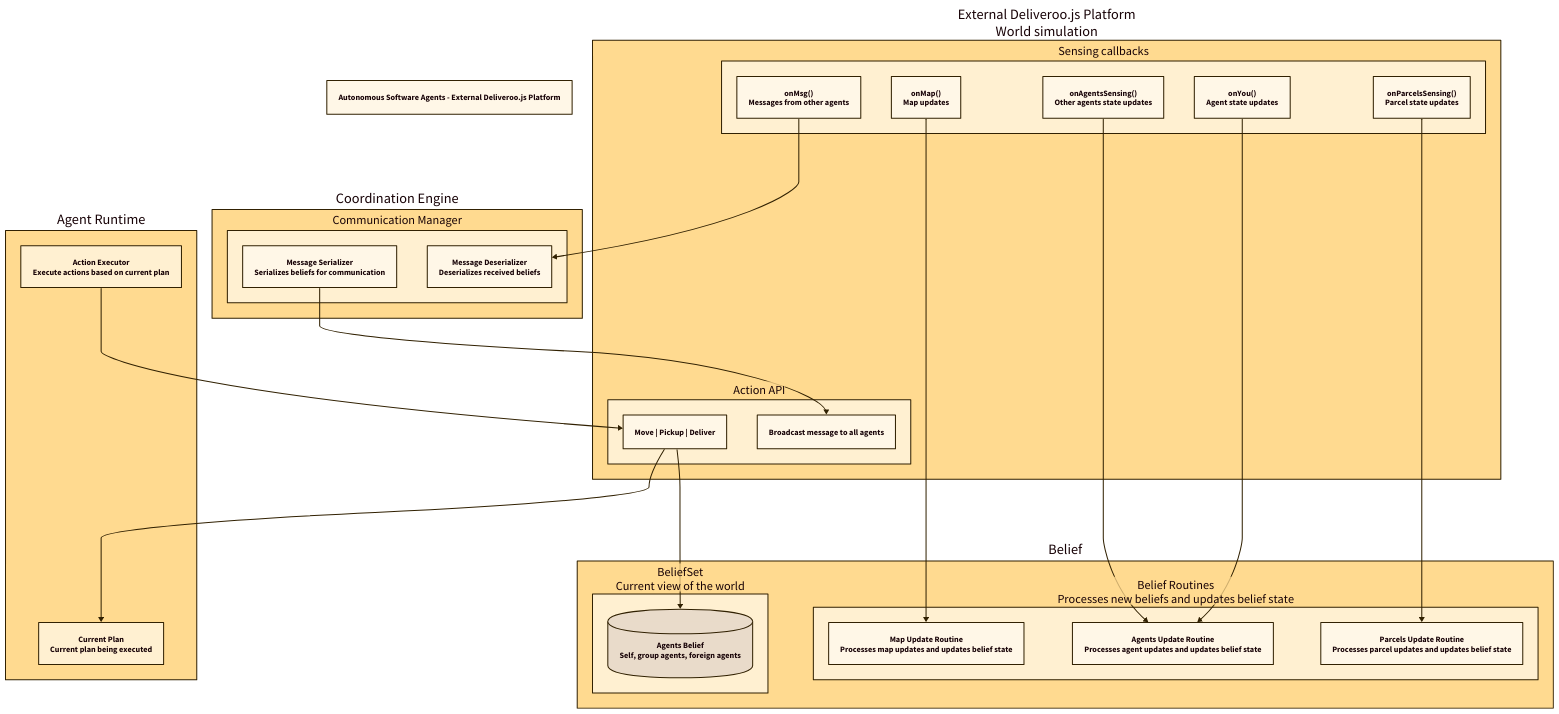
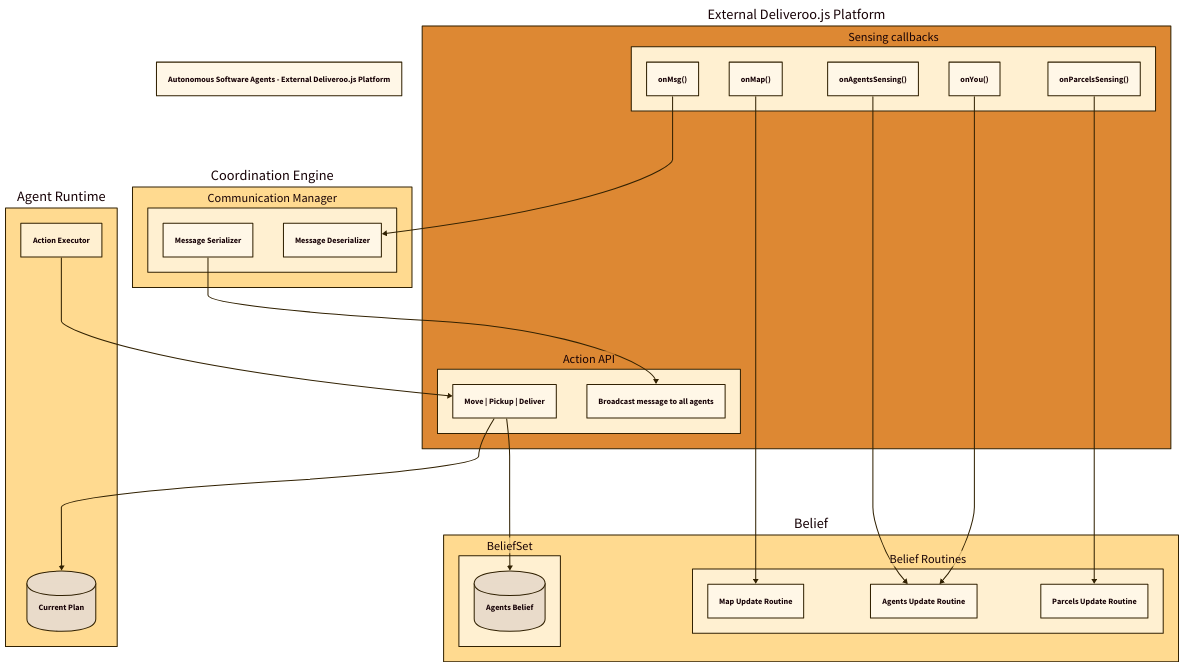
The diagram in presentation/diagrams/platform.d2 (LuigiMiazzo17/unitn-autonomusSoftwareAgents), drawn with D2 before and after one commit. The commit also changed 7 other files, not shown here. The source asks for the TALA layout; these drawings use dagre instead.

```diff
--- a/presentation/diagrams/platform.d2
+++ b/presentation/diagrams/platform.d2
@@ -1,95 +1,99 @@
 title: "Autonomous Software Agents - External Deliveroo.js Platform"
 
 vars: {
   d2-config: {
     layout-engine: tala
     theme-id: 105
   }
 }
 
 platform: {
-  label: "External Deliveroo.js Platform\nWorld simulation"
+  label: "External Deliveroo.js Platform"
+  style: {
+    fill: "#dd8833"
+  }
   sensing: {
     label: "Sensing callbacks"
     onMap: {
-      label: "onMap()\nMap updates"
+      label: "onMap()"
     }
     onYou: {
-      label: "onYou()\nAgent state updates"
+      label: "onYou()"
     }
     onParcelsSensing: {
-      label: "onParcelsSensing()\nParcel state updates"
+      label: "onParcelsSensing()"
     }
     onAgentsSensing: {
-      label: "onAgentsSensing()\nOther agents state updates"
+      label: "onAgentsSensing()"
     }
     onMsg: {
-      label: "onMsg()\nMessages from other agents"
+      label: "onMsg()"
     }
   }
   actions: {
     label: "Action API"
     mapAction: {
       label: "Move | Pickup | Deliver"
     }
     broadcast: {
       label: "Broadcast message to all agents"
     }
   }
 }
 
 beliefs: {
   label: "Belief"
   state: {
-    label: "BeliefSet\nCurrent view of the world"
+    label: "BeliefSet"
     agents: {
-      label: "Agents Belief\nSelf, group agents, foreign agents"
+      label: "Agents Belief"
       shape: cylinder
     }
   }
   routines: {
-    label: "Belief Routines\nProcesses new beliefs and updates belief state"
+    label: "Belief Routines"
     mapUpdate: {
-      label: "Map Update Routine\nProcesses map updates and updates belief state"
+      label: "Map Update Routine"
     }
     agentsUpdate: {
-      label: "Agents Update Routine\nProcesses agent updates and updates belief state"
+      label: "Agents Update Routine"
     }
     parcelsUpdate: {
-      label: "Parcels Update Routine\nProcesses parcel updates and updates belief state"
+      label: "Parcels Update Routine"
     }
   }
 }
 
 agentRuntime: {
   label: "Agent Runtime"
   plan: {
-    label: "Current Plan\nCurrent plan being executed"
+    label: "Current Plan"
+    shape: cylinder
   }
   executor: {
-    label: "Action Executor\nExecute actions based on current plan"
+    label: "Action Executor"
   }
 }
 
 coordination: {
   label: "Coordination Engine"
   communication: {
     label: "Communication Manager"
     serializer: {
-      label: "Message Serializer\nSerializes beliefs for communication"
+      label: "Message Serializer"
     }
     deserializer: {
-      label: "Message Deserializer\nDeserializes received beliefs"
+      label: "Message Deserializer"
     }
   }
 }
 
 platform.sensing.onMap -> beliefs.routines.mapUpdate
 platform.sensing.onAgentsSensing -> beliefs.routines.agentsUpdate
 platform.sensing.onYou -> beliefs.routines.agentsUpdate
 platform.sensing.onParcelsSensing -> beliefs.routines.parcelsUpdate
 platform.sensing.onMsg -> coordination.communication.deserializer
 coordination.communication.serializer -> platform.actions.broadcast
 agentRuntime.executor -> platform.actions.mapAction
 platform.actions.mapAction -> agentRuntime.plan
 platform.actions.mapAction -> beliefs.state.agents
```
